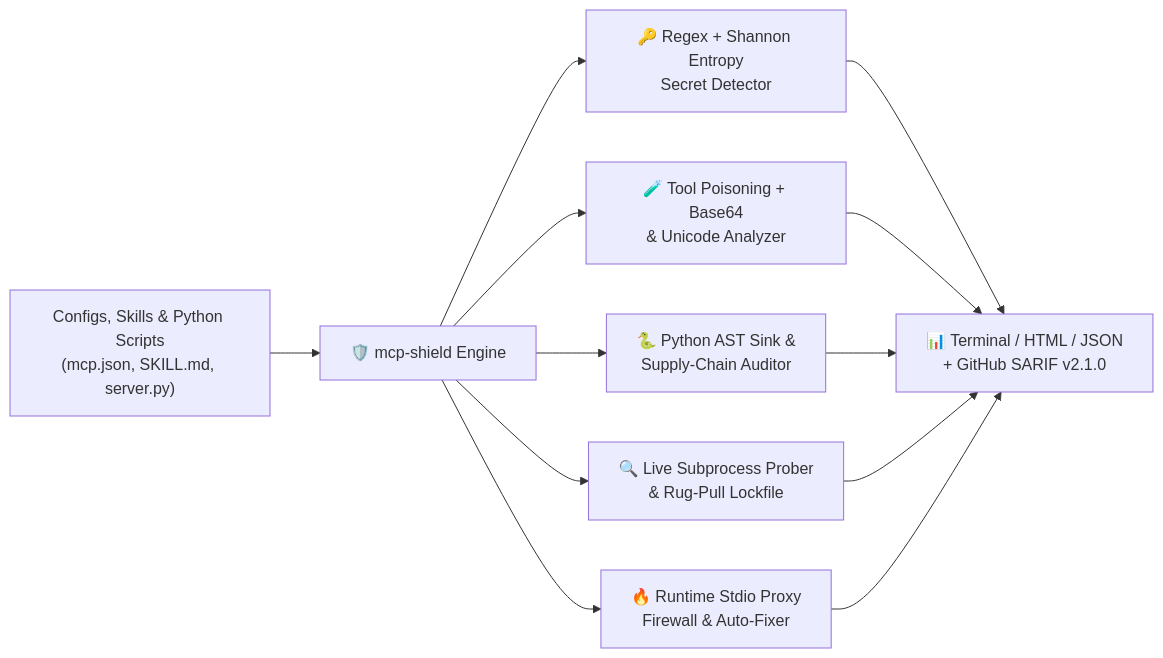
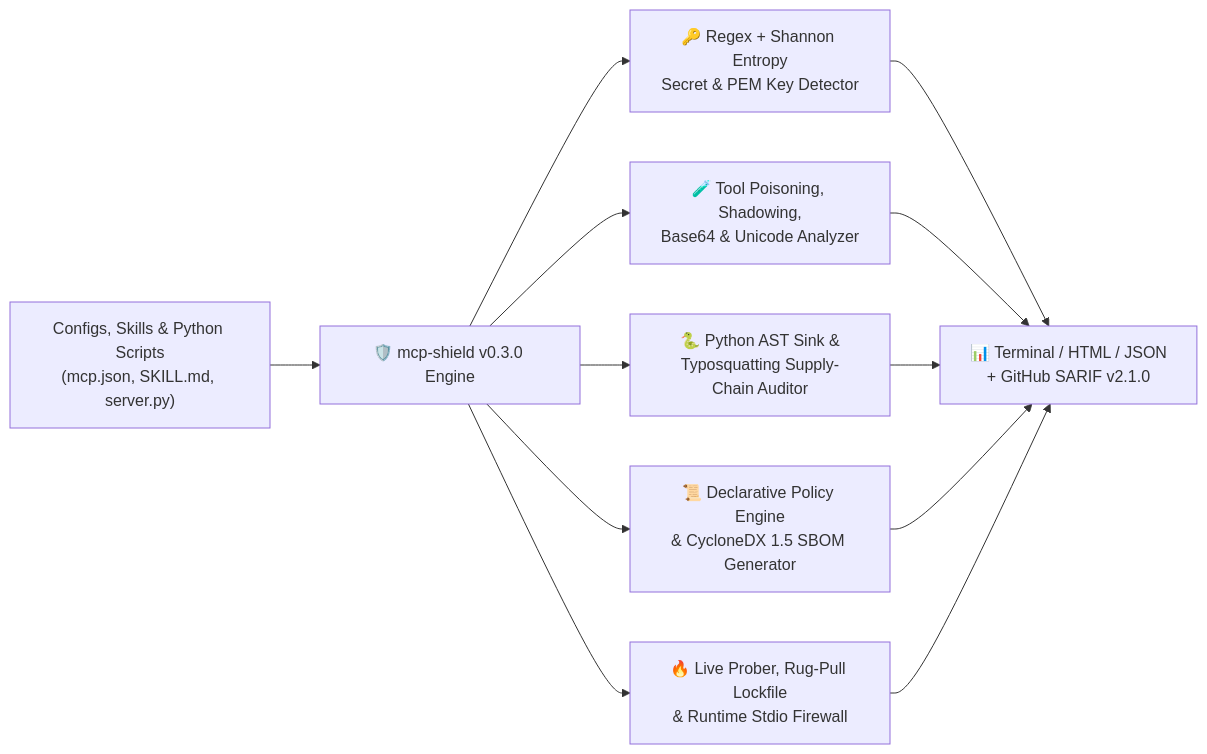
One commit to minteeqahmed-png/MCP-Shield- changed the diagram in README.md. Above: the diagram before and after it, drawn with Mermaid. The commit also changed other lines of this file and 15 other files, not shown here.

First line of the commit message:
feat(v0.3.0): Policy Engine, CycloneDX SBOM, Tool Shadowing & Typosquatting Detectors + New Examples (#3)

````diff
--- a/README.md
+++ b/README.md
@@ -17,10 +18,10 @@
 ```mermaid
 flowchart LR
-    A["Configs, Skills & Python Scripts\n(mcp.json, SKILL.md, server.py)"] --> B["🛡️ mcp-shield Engine"]
-    B --> C["🔑 Regex + Shannon Entropy\nSecret Detector"]
-    B --> D["🧪 Tool Poisoning + Base64\n& Unicode Analyzer"]
-    B --> E["🐍 Python AST Sink &\nSupply-Chain Auditor"]
-    B --> F["🔍 Live Subprocess Prober\n& Rug-Pull Lockfile"]
-    B --> G["🔥 Runtime Stdio Proxy\nFirewall & Auto-Fixer"]
+    A["Configs, Skills & Python Scripts\n(mcp.json, SKILL.md, server.py)"] --> B["🛡️ mcp-shield v0.3.0 Engine"]
+    B --> C["🔑 Regex + Shannon Entropy\nSecret & PEM Key Detector"]
+    B --> D["🧪 Tool Poisoning, Shadowing,\nBase64 & Unicode Analyzer"]
+    B --> E["🐍 Python AST Sink &\nTyposquatting Supply-Chain Auditor"]
+    B --> F["📜 Declarative Policy Engine\n& CycloneDX 1.5 SBOM Generator"]
+    B --> G["🔥 Live Prober, Rug-Pull Lockfile\n& Runtime Stdio Firewall"]
     C & D & E & F & G --> H["📊 Terminal / HTML / JSON\n+ GitHub SARIF v2.1.0"]
 ```
````
